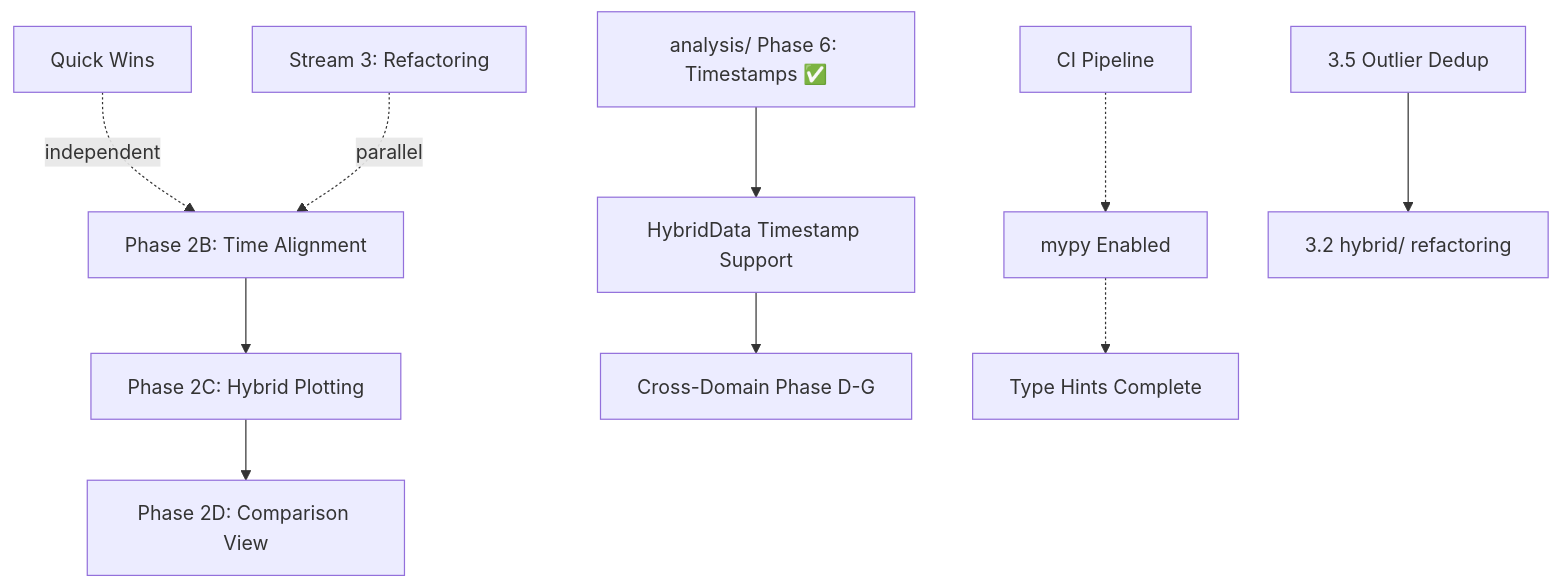
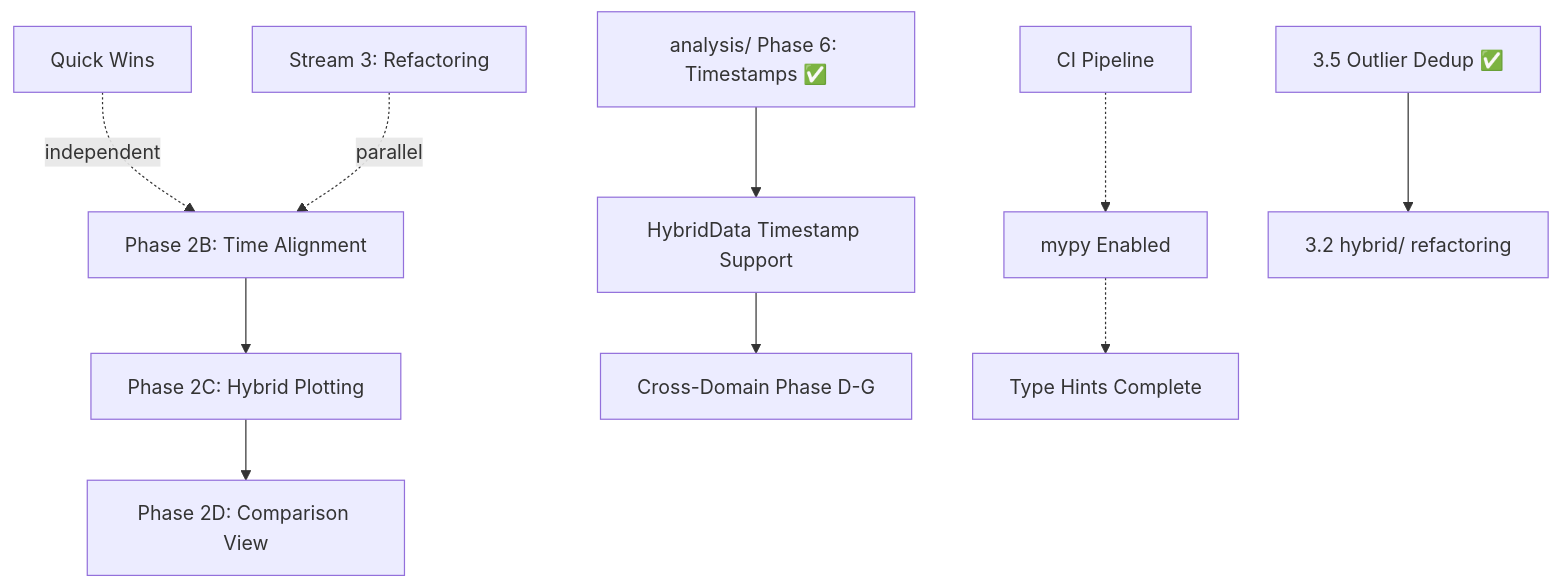
One commit to MagnetDB/python_magnetrun changed the diagram in prompts/ROADMAP.md. Above: the diagram before and after it, drawn with Mermaid. The commit also changed other lines of this file and 10 other files, not shown here.

````diff
--- a/prompts/ROADMAP.md
+++ b/prompts/ROADMAP.md
@@ -258,15 +257,15 @@
 ```mermaid
 graph TD
     A[Phase 2B: Time Alignment] --> B[Phase 2C: Hybrid Plotting]
     B --> C[Phase 2D: Comparison View]
 
     D[analysis/ Phase 6: Timestamps ✅] --> E[HybridData Timestamp Support]
     E --> F[Cross-Domain Phase D-G]
 
     G[CI Pipeline] -.-> H[mypy Enabled]
     H -.-> I[Type Hints Complete]
 
     J[Quick Wins] -.independent.-> A
     K[Stream 3: Refactoring] -.parallel.-> A
-    L[3.5 Outlier Dedup] --> M[3.2 hybrid/ refactoring]
+    L[3.5 Outlier Dedup ✅] --> M[3.2 hybrid/ refactoring]
 ```
````
